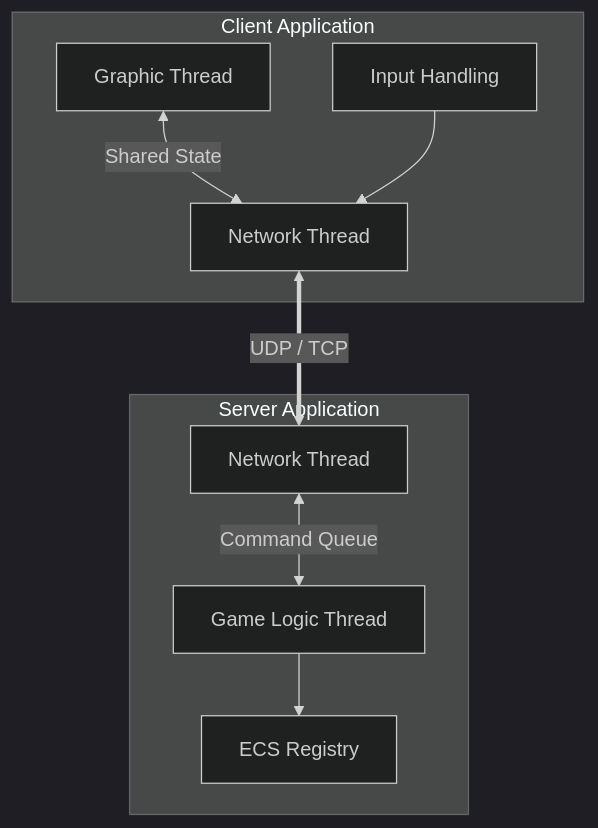
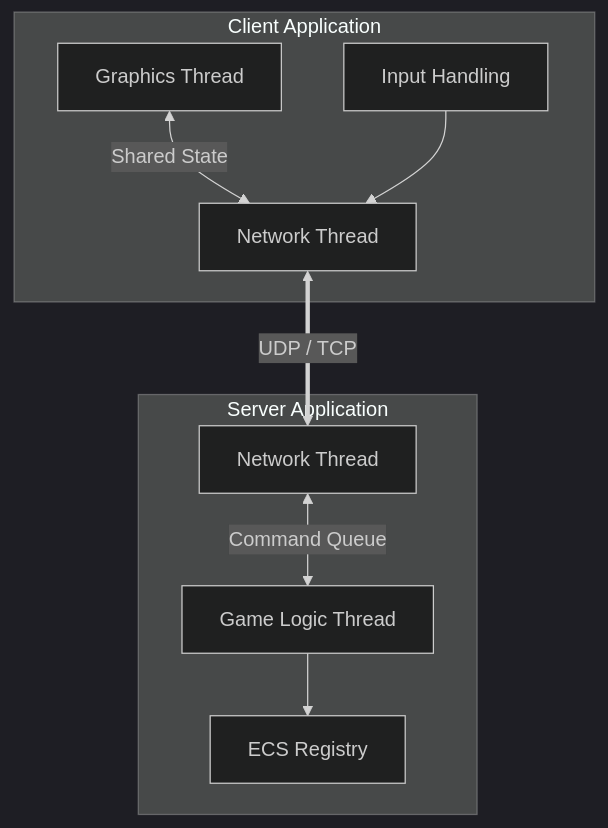
Before and after one commit to MatthieuGA/R_TYPE_J.A.M.E.S.: the first of 4 diagrams in docs/docs/architecture.md, drawn with Mermaid (dark theme). The commit also changed other lines of this file, not shown here.

Commit message:
📝 [Docs] Corrects minor typos in architecture documentation
#17

````diff
--- a/docs/docs/architecture.md
+++ b/docs/docs/architecture.md
@@ -21,22 +21,22 @@
 ```mermaid
 graph TD
     subgraph Client ["Client Application"]
         C_Net[Network Thread]
-        C_Render[Graphic Thread]
+        C_Render[Graphics Thread]
         C_Input[Input Handling]
 
         C_Render <-->|Shared State| C_Net
         C_Input --> C_Net
     end
 
     subgraph Server ["Server Application"]
         S_Net[Network Thread]
         S_Logic[Game Logic Thread]
         S_ECS[ECS Registry]
 
         S_Net <-->|Command Queue| S_Logic
         S_Logic --> S_ECS
     end
 
     C_Net <==>|UDP / TCP| S_Net
 ```
````
